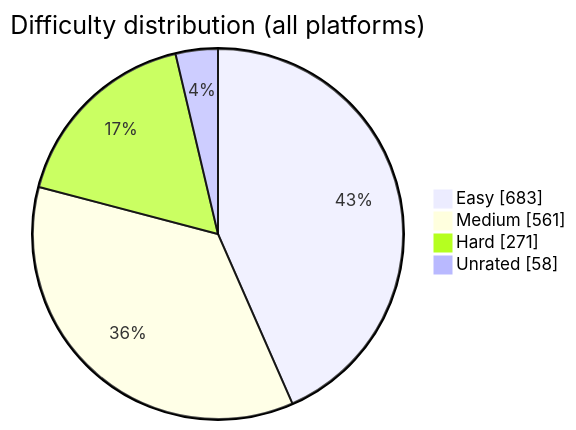
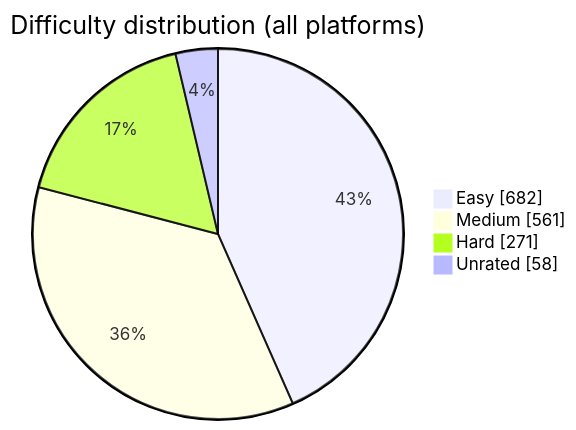
The diagram in README.md (BuildbyArindam/Daily-Coding-Log), drawn with Mermaid before and after one commit. The commit also changed other lines of this file, not shown here.

````diff
--- a/README.md
+++ b/README.md
@@ -93,7 +93,7 @@
 ```mermaid
 pie showData title Difficulty distribution (all platforms)
-    "Easy" : 683
+    "Easy" : 682
     "Medium" : 561
     "Hard" : 271
     "Unrated" : 58
 ```
````
